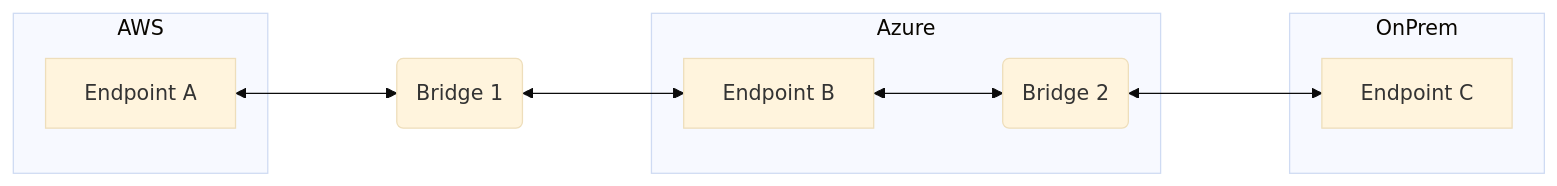
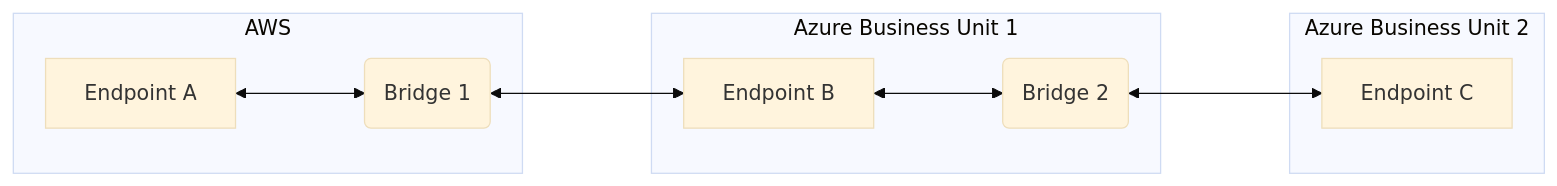
Before and after one commit to Particular/docs.particular.net: the third of 4 diagrams in architecture/polycloud.md, drawn with Mermaid (base theme). The commit also changed other lines of this file and 1 other file, not shown here.

````diff
--- a/architecture/polycloud.md
+++ b/architecture/polycloud.md
@@ -108,20 +99,20 @@
 ```mermaid
 flowchart LR
-
 Br1(Bridge 1)
 Br2(Bridge 2)
 A[Endpoint A] <---> Br1
 Br1 <---> B[Endpoint B]
 B <---> Br2
 Br2 <---> C[Endpoint C]
 subgraph AWS
   A
+  Br1
 end
-subgraph Azure
+subgraph Azure Business Unit 1
   B
   Br2
 end
-subgraph OnPrem
+subgraph Azure Business Unit 2
   C
 end
 ```
````
